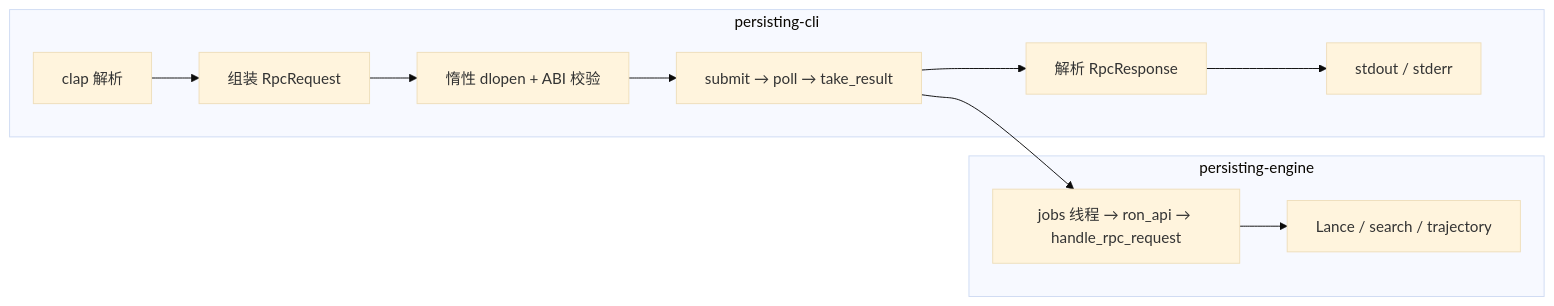
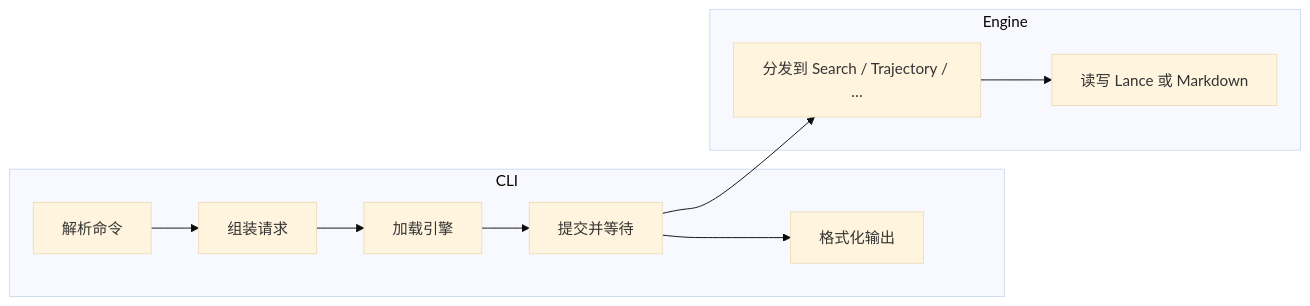
Before and after one commit to DeepLink-org/Persisting: the diagram in docs/src/design/cli_architecture.zh.md, drawn with Mermaid (base theme). The commit also changed other lines of this file and 139 other files, not shown here.

Commit message:
Add persisting-capture crate with core functionality for LLM proxy and trajectory capture. Update Cargo.toml and Cargo.lock for dependencies, enhance .gitignore to exclude new build artifacts, and introduce a justfile for project management and CI workflows.

````diff
--- a/docs/src/design/cli_architecture.zh.md
+++ b/docs/src/design/cli_architecture.zh.md
@@ -140,14 +99,13 @@
 ```mermaid
 flowchart LR
-  subgraph CLI [persisting-cli]
-    A[clap 解析] --> B[组装 RpcRequest]
-    B --> C[惰性 dlopen + ABI 校验]
-    C --> D[submit → poll → take_result]
-    D --> E[解析 RpcResponse]
-    E --> F[stdout / stderr]
+  subgraph CLI
+    A[解析命令] --> B[组装请求]
+    B --> C[加载引擎]
+    C --> D[提交并等待]
+    D --> E[格式化输出]
   end
-  subgraph Engine [persisting-engine]
-    D --> G[jobs 线程 → ron_api → handle_rpc_request]
-    G --> H[Lance / search / trajectory]
+  subgraph Engine
+    D --> F[分发到 Search / Trajectory / …]
+    F --> G[读写 Lance 或 Markdown]
   end
 ```
````
